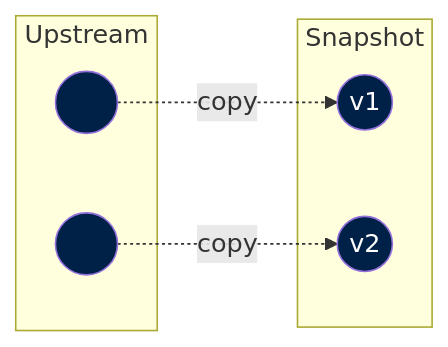
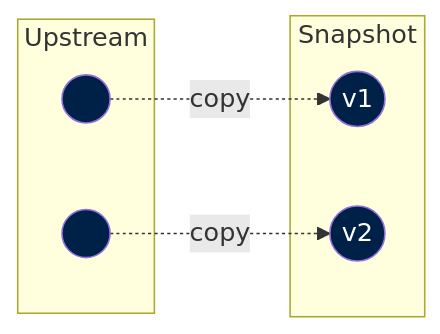
One commit to owid/etl changed the second of 4 diagrams in docs/architecture/workflow/index.md. Above: the diagram before and after it, drawn with Mermaid. The commit also changed other lines of this file and 11 other files, not shown here.

````diff
--- a/docs/architecture/workflow/index.md
+++ b/docs/architecture/workflow/index.md
@@ -34,19 +34,19 @@
 ```mermaid
 flowchart LR
 
-    upstream1((___)):::node -.->|copy| snapshot1((v1)):::node_ss
-    upstream2((___)):::node -.->|copy| snapshot2((v2)):::node_ss
+    upstream1((&nbsp;&nbsp;&nbsp;)):::node -.->|copy| snapshot1((v1)):::node_ss
+    upstream2((&nbsp;&nbsp;&nbsp;)):::node -.->|copy| snapshot2((v2)):::node_ss
 
     subgraph id0 [Upstream]
     upstream1
     upstream2
     end
 
     subgraph id [Snapshot]
     snapshot1
     snapshot2
     end
 
     classDef node fill:#002147,color:#002147
     classDef node_ss fill:#002147,color:#fff
 ```
````
